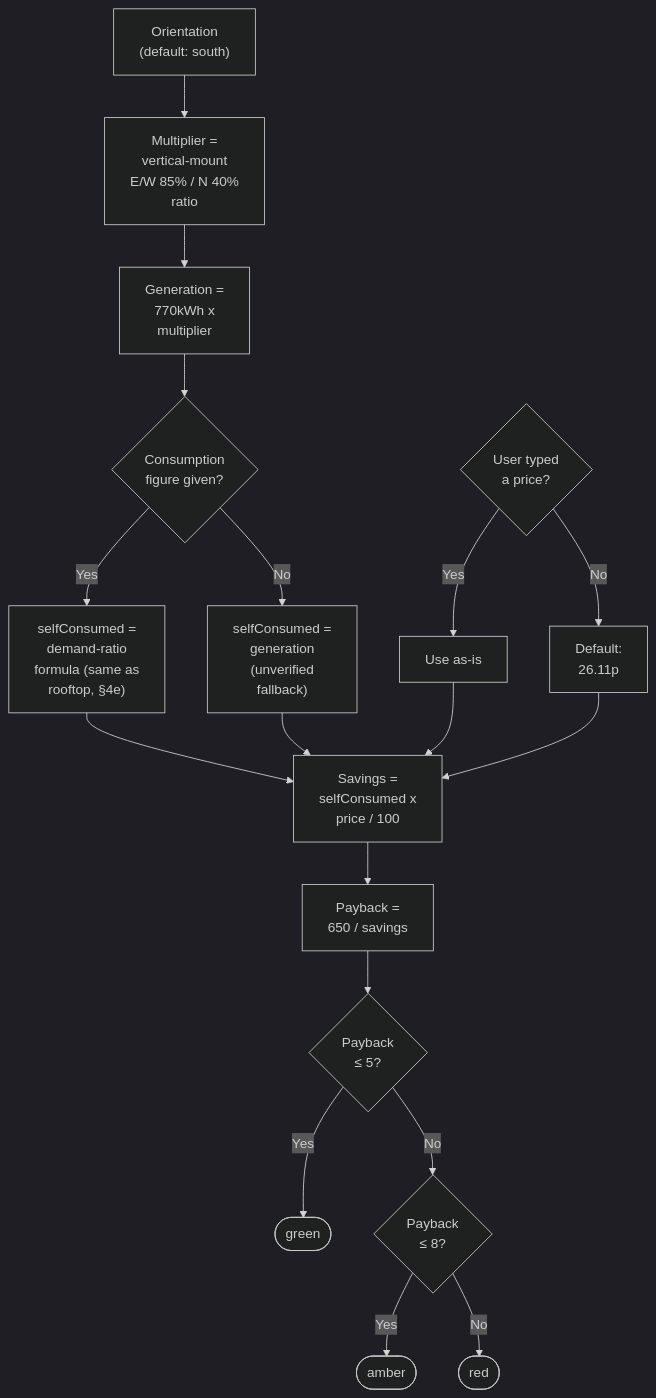
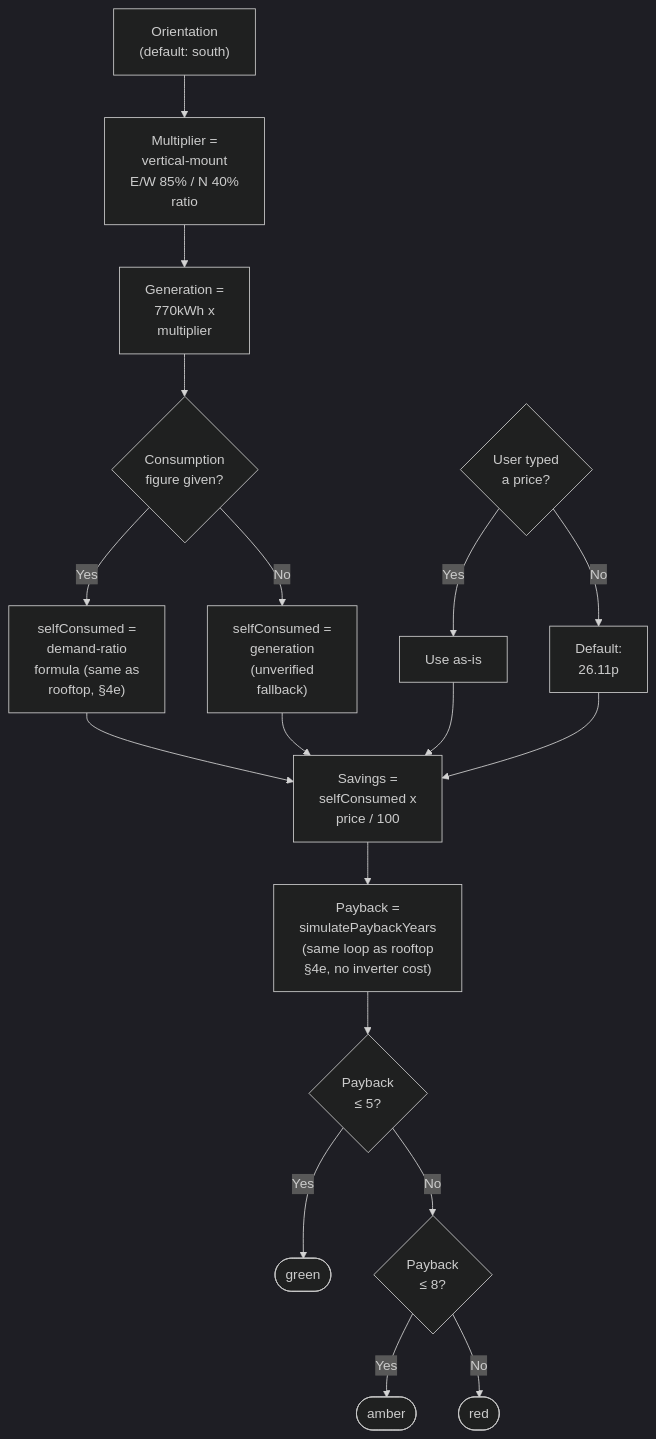
One commit to spallavi-stack/shubha-pm-portfolio changed the second of 8 diagrams in projects/sunnysideup/docs/calculation-logic.md. Above: the diagram before and after it, drawn with Mermaid (dark theme). The commit also changed other lines of this file and 5 other files, not shown here.

````diff
--- a/projects/sunnysideup/docs/calculation-logic.md
+++ b/projects/sunnysideup/docs/calculation-logic.md
@@ -73,23 +73,23 @@
 ```mermaid
 flowchart TD
   A["Orientation<br/>(default: south)"] --> B["Multiplier =<br/>vertical-mount<br/>E/W 85% / N 40%<br/>ratio"]
   B --> C["Generation =<br/>770kWh x<br/>multiplier"]
   D{"User typed<br/>a price?"} -->|Yes| E["Use as-is"]
   D -->|No| F["Default:<br/>26.11p"]
   K{"Consumption<br/>figure given?"}
   L["selfConsumed =<br/>demand-ratio<br/>formula (same as<br/>rooftop, §4e)"]
   M["selfConsumed =<br/>generation<br/>(unverified<br/>fallback)"]
   C --> K
   K -->|Yes| L
   K -->|No| M
   L --> G["Savings =<br/>selfConsumed x<br/>price / 100"]
   M --> G
   E --> G
   F --> G
-  G --> H["Payback =<br/>650 / savings"]
+  G --> H["Payback =<br/>simulatePaybackYears<br/>(same loop as rooftop<br/>§4e, no inverter cost)"]
   H --> I{"Payback<br/>≤ 5?"}
   I -->|Yes| Green(["green"])
   I -->|No| J{"Payback<br/>≤ 8?"}
   J -->|Yes| Amber(["amber"])
   J -->|No| Red(["red"])
 ```
````
